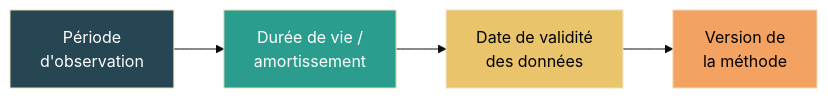
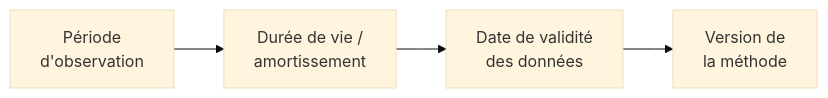
Before and after one commit to digital4better/methodology: the first of 2 diagrams in docs/regles/temporalite-vieillissement-et-versionnement-des-donnees.md, drawn with Mermaid (base theme). The commit also changed other lines of this file and 193 other files, not shown here.

````diff
--- a/docs/regles/temporalite-vieillissement-et-versionnement-des-donnees.md
+++ b/docs/regles/temporalite-vieillissement-et-versionnement-des-donnees.md
@@ -22,11 +22,11 @@
 ```mermaid
 flowchart LR
     A[Période<br>d'observation] --> B[Durée de vie /<br>amortissement]
     B --> C[Date de validité<br>des données]
     C --> D[Version de<br>la méthode]
 
-    style A fill:#264653,color:#fff
-    style B fill:#2a9d8f,color:#fff
-    style C fill:#e9c46a,color:#000
-    style D fill:#f4a261,color:#000
+    class A d4b-navy
+    class B d4b-blue
+    class C d4b-sand
+    class D d4b-rose
 ```
````
